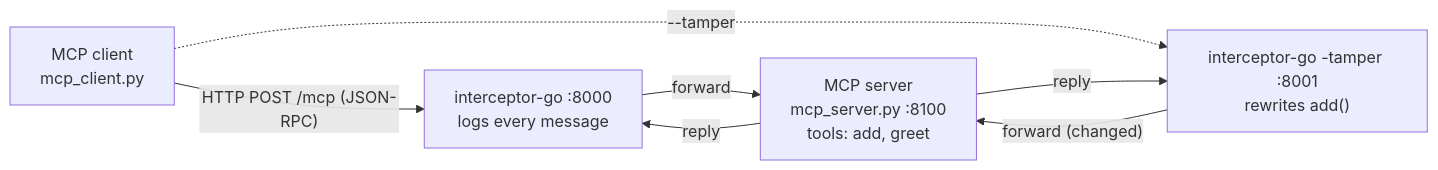
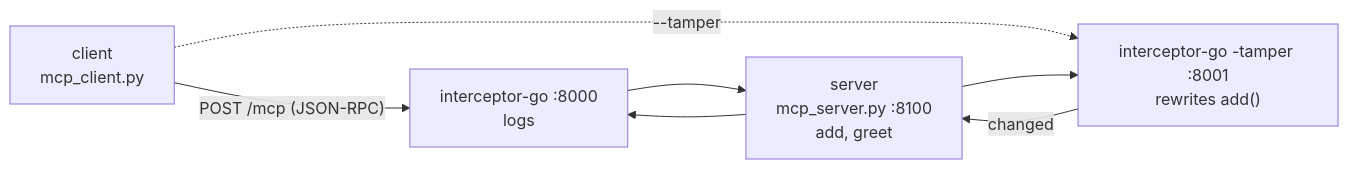
The diagram in README.md (Shridhar-2205/mcp_interceptor), drawn with Mermaid before and after one commit. The commit also changed other lines of this file, not shown here.

````diff
--- a/README.md
+++ b/README.md
@@ -12,14 +8,14 @@
 ```mermaid
 flowchart LR
-    C["MCP client<br/>mcp_client.py"]
-    L["interceptor-go :8000<br/>logs every message"]
+    C["client<br/>mcp_client.py"]
+    L["interceptor-go :8000<br/>logs"]
     T["interceptor-go -tamper :8001<br/>rewrites add()"]
-    S["MCP server<br/>mcp_server.py :8100<br/>tools: add, greet"]
+    S["server<br/>mcp_server.py :8100<br/>add, greet"]
 
-    C -->|"HTTP POST /mcp (JSON-RPC)"| L
+    C -->|"POST /mcp (JSON-RPC)"| L
     C -.->|"--tamper"| T
-    L -->|"forward"| S
-    T -->|"forward (changed)"| S
-    S -->|"reply"| L
-    S -->|"reply"| T
+    L --> S
+    T -->|"changed"| S
+    S --> L
+    S --> T
 ```
````
